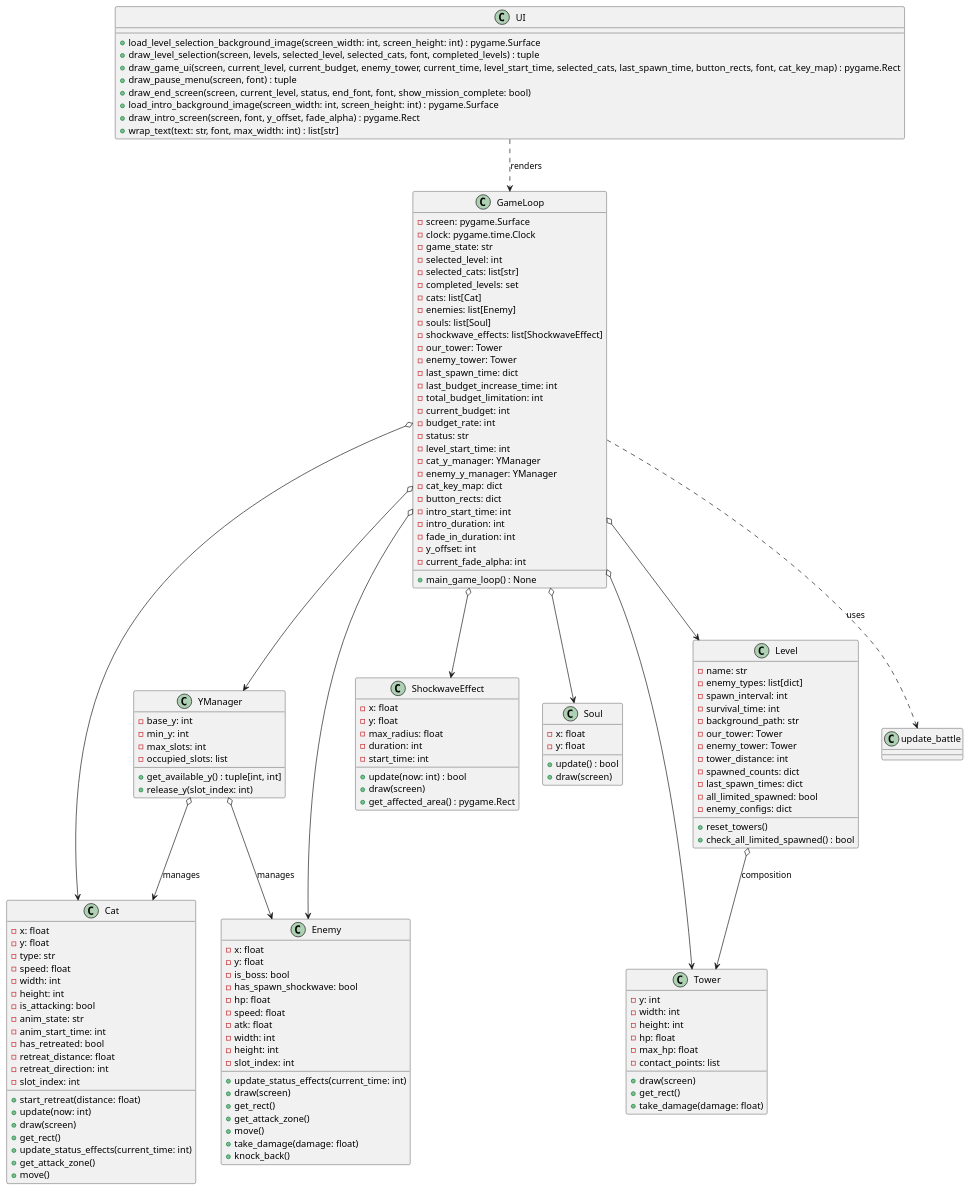
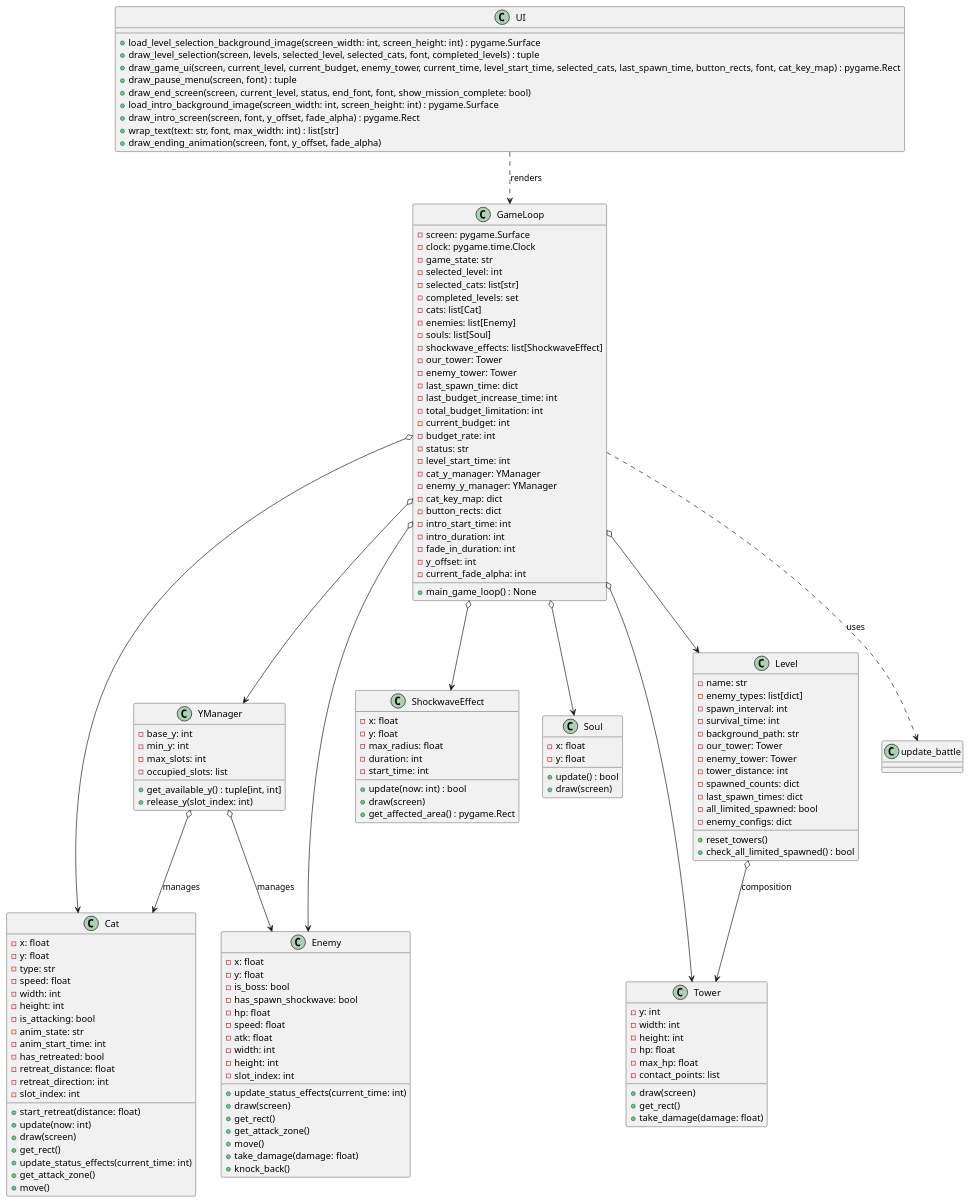
One commit to LeeYinWei/oop-2025-proj-TBC changed the diagram in intro/class_diagram.plantuml. Above: the diagram before and after it, drawn with PlantUML.

Commit message:
add draw_ending_animation method to UI class

```diff
--- a/intro/class_diagram.plantuml
+++ b/intro/class_diagram.plantuml
@@ -1,157 +1,158 @@
 @startuml
 class Cat {
   -x: float
   -y: float
   -type: str
   -speed: float
   -width: int
   -height: int
   -is_attacking: bool
   -anim_state: str
   -anim_start_time: int
   -has_retreated: bool
   -retreat_distance: float
   -retreat_direction: int
   -slot_index: int
   +start_retreat(distance: float)
   +update(now: int)
   +draw(screen)
   +get_rect()
   +update_status_effects(current_time: int)
   +get_attack_zone()
   +move()
 }
 
 class Enemy {
   -x: float
   -y: float
   -is_boss: bool
   -has_spawn_shockwave: bool
   -hp: float
   -speed: float
   -atk: float
   -width: int
   -height: int
   -slot_index: int
   +update_status_effects(current_time: int)
   +draw(screen)
   +get_rect()
   +get_attack_zone()
   +move()
   +take_damage(damage: float)
   +knock_back()
 }
 
 class Tower {
   -y: int
   -width: int
   -height: int
   -hp: float
   -max_hp: float
   -contact_points: list
   +draw(screen)
   +get_rect()
   +take_damage(damage: float)
 }
 
 class ShockwaveEffect {
   -x: float
   -y: float
   -max_radius: float
   -duration: int
   -start_time: int
   +update(now: int) : bool
   +draw(screen)
   +get_affected_area() : pygame.Rect
 }
 
 class Soul {
   -x: float
   -y: float
   +update() : bool
   +draw(screen)
 }
 
 class YManager {
   -base_y: int
   -min_y: int
   -max_slots: int
   -occupied_slots: list
   +get_available_y() : tuple[int, int]
   +release_y(slot_index: int)
 }
 
 class Level {
   -name: str
   -enemy_types: list[dict]
   -spawn_interval: int
   -survival_time: int
   -background_path: str
   -our_tower: Tower
   -enemy_tower: Tower
   -tower_distance: int
   -spawned_counts: dict
   -last_spawn_times: dict
   -all_limited_spawned: bool
   -enemy_configs: dict
   +reset_towers()
   +check_all_limited_spawned() : bool
 }
 
 class GameLoop {
   -screen: pygame.Surface
   -clock: pygame.time.Clock
   -game_state: str
   -selected_level: int
   -selected_cats: list[str]
   -completed_levels: set
   -cats: list[Cat]
   -enemies: list[Enemy]
   -souls: list[Soul]
   -shockwave_effects: list[ShockwaveEffect]
   -our_tower: Tower
   -enemy_tower: Tower
   -last_spawn_time: dict
   -last_budget_increase_time: int
   -total_budget_limitation: int
   -current_budget: int
   -budget_rate: int
   -status: str
   -level_start_time: int
   -cat_y_manager: YManager
   -enemy_y_manager: YManager
   -cat_key_map: dict
   -button_rects: dict
   -intro_start_time: int
   -intro_duration: int
   -fade_in_duration: int
   -y_offset: int
   -current_fade_alpha: int
   +main_game_loop() : None
 }
 
 class UI {
   +load_level_selection_background_image(screen_width: int, screen_height: int) : pygame.Surface
   +draw_level_selection(screen, levels, selected_level, selected_cats, font, completed_levels) : tuple
   +draw_game_ui(screen, current_level, current_budget, enemy_tower, current_time, level_start_time, selected_cats, last_spawn_time, button_rects, font, cat_key_map) : pygame.Rect
   +draw_pause_menu(screen, font) : tuple
   +draw_end_screen(screen, current_level, status, end_font, font, show_mission_complete: bool)
   +load_intro_background_image(screen_width: int, screen_height: int) : pygame.Surface
   +draw_intro_screen(screen, font, y_offset, fade_alpha) : pygame.Rect
   +wrap_text(text: str, font, max_width: int) : list[str]
+  +draw_ending_animation(screen, font, y_offset, fade_alpha)
 }
 
 GameLoop o--> Cat
 GameLoop o--> Enemy
 GameLoop o--> Tower
 GameLoop o--> ShockwaveEffect
 GameLoop o--> Soul
 GameLoop o--> YManager
 GameLoop o--> Level
 GameLoop ..> update_battle : uses
 UI ..> GameLoop : renders
 Level o--> Tower : composition
 YManager o--> Cat : manages
 YManager o--> Enemy : manages
 
 @enduml
```
